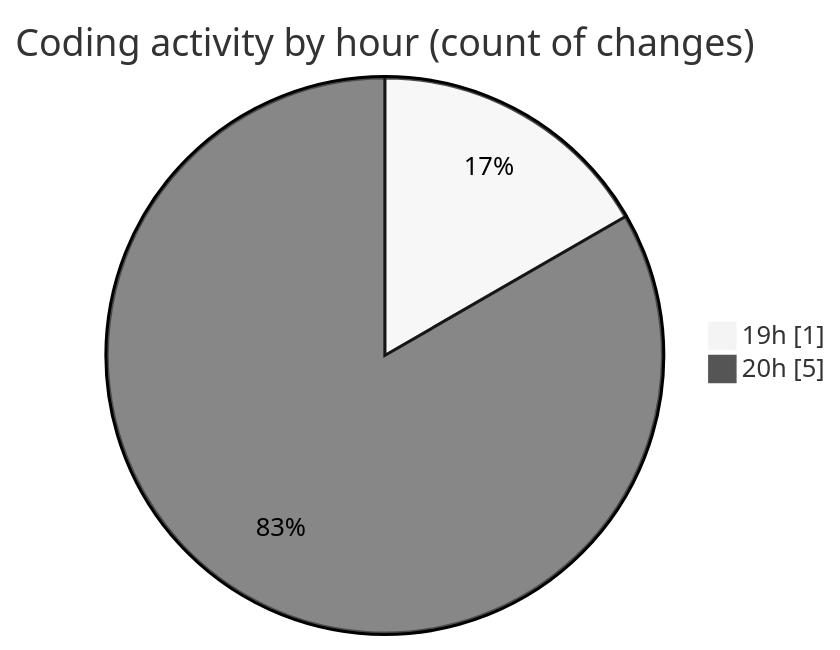
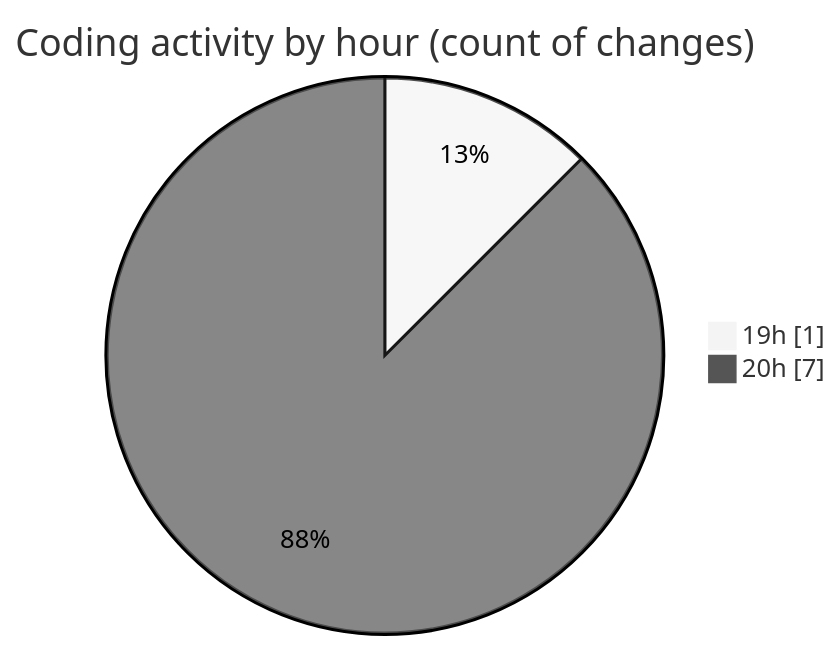
The second of 2 diagrams in 2026-03-01/cilreports__workspace_/README.md (ricardozamudiocil/code-tracking), drawn with Mermaid (neutral theme) before and after one commit. The commit also changed other lines of this file and 1 other file, not shown here.

````diff
--- a/2026-03-01/cilreports__workspace_/README.md
+++ b/2026-03-01/cilreports__workspace_/README.md
@@ -30,6 +30,6 @@
 ```mermaid
 pie showData
 title Coding activity by hour (count of changes)
 "19h" : 1
-"20h" : 5
+"20h" : 7
 ```
````
